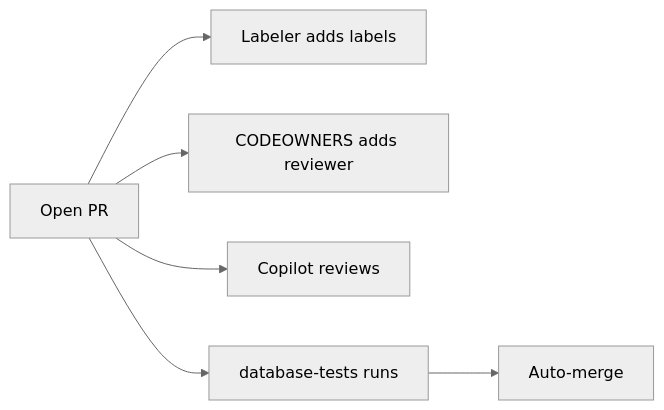
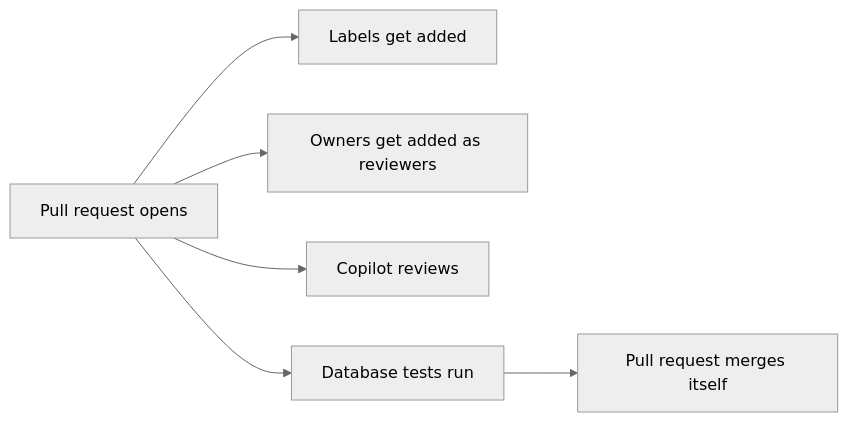
One commit to amyabelsql/DayOfData_Portland_2026 changed the diagram in 06_CopilotAndPRs/README.md. Above: the diagram before and after it, drawn with Mermaid (neutral theme). The commit also changed other lines of this file and 35 other files, not shown here.

````diff
--- a/06_CopilotAndPRs/README.md
+++ b/06_CopilotAndPRs/README.md
@@ -26,8 +38,8 @@
 ```mermaid
 flowchart LR
-    O[Open PR] --> L[Labeler adds labels]
-    O --> C[CODEOWNERS adds reviewer]
+    O[Pull request opens] --> L[Labels get added]
+    O --> C[Owners get added as reviewers]
     O --> R[Copilot reviews]
-    O --> T[database-tests runs]
-    T --> M[Auto-merge]
+    O --> T[Database tests run]
+    T --> M[Pull request merges itself]
 ```
````
